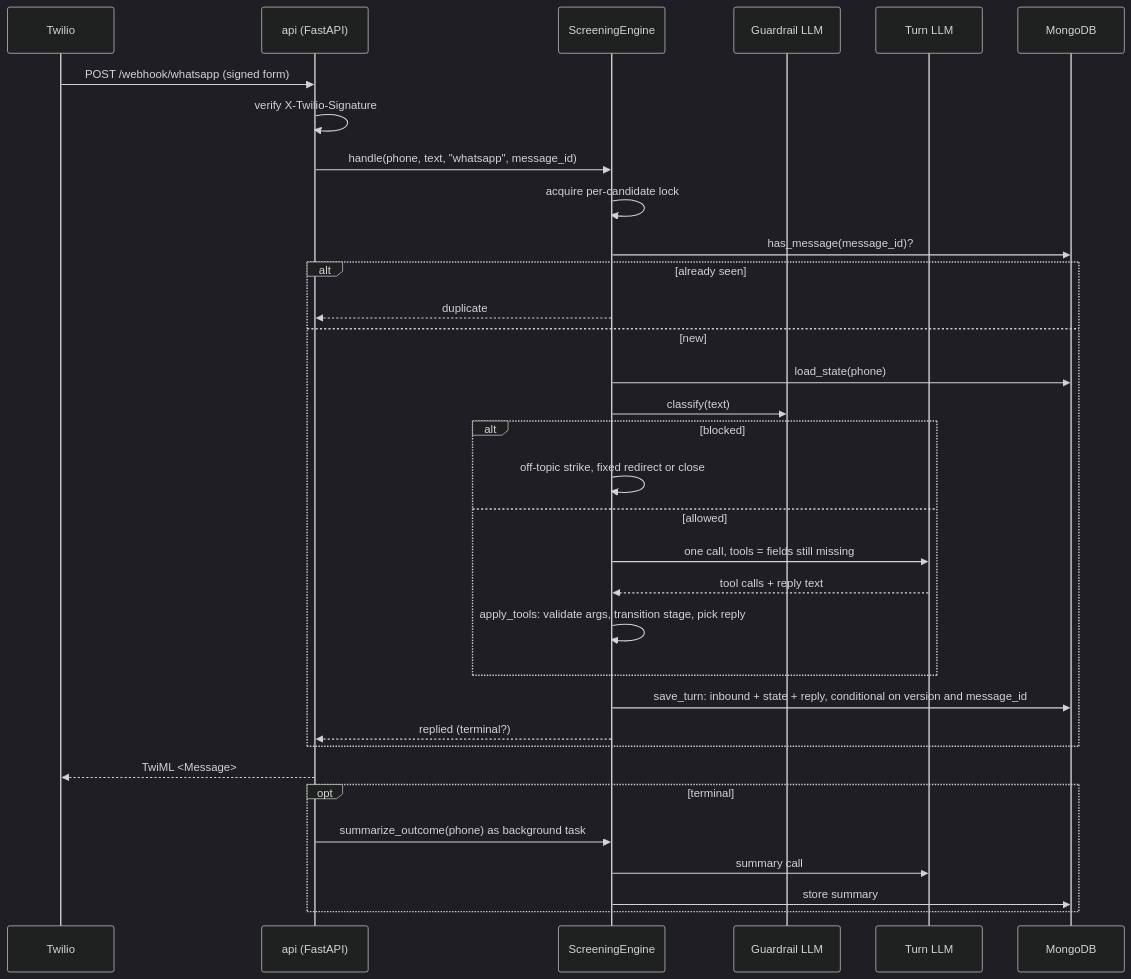
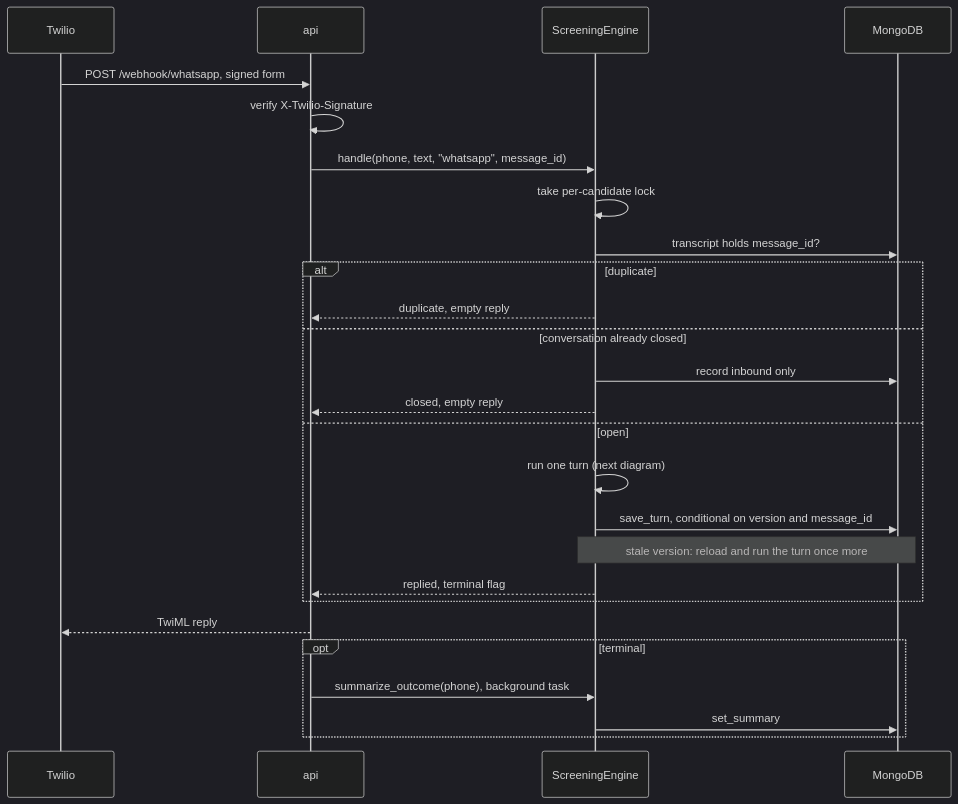
The third of 5 diagrams in README.md (bumblB33/grupo-sazon-recruiting), drawn with Mermaid (dark theme) before and after one commit. The commit also changed other lines of this file, not shown here.

First line of the commit message:
Split README architecture diagrams and fix container edges

````diff
--- a/README.md
+++ b/README.md
@@ -153,36 +182,29 @@
 ```mermaid
 sequenceDiagram
     participant T as Twilio
-    participant A as api (FastAPI)
+    participant A as api
     participant E as ScreeningEngine
-    participant G as Guardrail LLM
-    participant L as Turn LLM
     participant M as MongoDB
 
-    T->>A: POST /webhook/whatsapp (signed form)
+    T->>A: POST /webhook/whatsapp, signed form
     A->>A: verify X-Twilio-Signature
     A->>E: handle(phone, text, "whatsapp", message_id)
-    E->>E: acquire per-candidate lock
-    E->>M: has_message(message_id)?
-    alt already seen
-        E-->>A: duplicate
-    else new
-        E->>M: load_state(phone)
-        E->>G: classify(text)
-        alt blocked
-            E->>E: off-topic strike, fixed redirect or close
-        else allowed
-            E->>L: one call, tools = fields still missing
-            L-->>E: tool calls + reply text
-            E->>E: apply_tools: validate args, transition stage, pick reply
-        end
-        E->>M: save_turn: inbound + state + reply, conditional on version and message_id
-        E-->>A: replied (terminal?)
+    E->>E: take per-candidate lock
+    E->>M: transcript holds message_id?
+    alt duplicate
+        E-->>A: duplicate, empty reply
+    else conversation already closed
+        E->>M: record inbound only
+        E-->>A: closed, empty reply
+    else open
+        E->>E: run one turn (next diagram)
+        E->>M: save_turn, conditional on version and message_id
+        Note over E,M: stale version: reload and run the turn once more
+        E-->>A: replied, terminal flag
     end
-    A-->>T: TwiML <Message>
+    A-->>T: TwiML reply
     opt terminal
-        A->>E: summarize_outcome(phone) as background task
-        E->>L: summary call
-        E->>M: store summary
+        A->>E: summarize_outcome(phone), background task
+        E->>M: set_summary
     end
 ```
````
